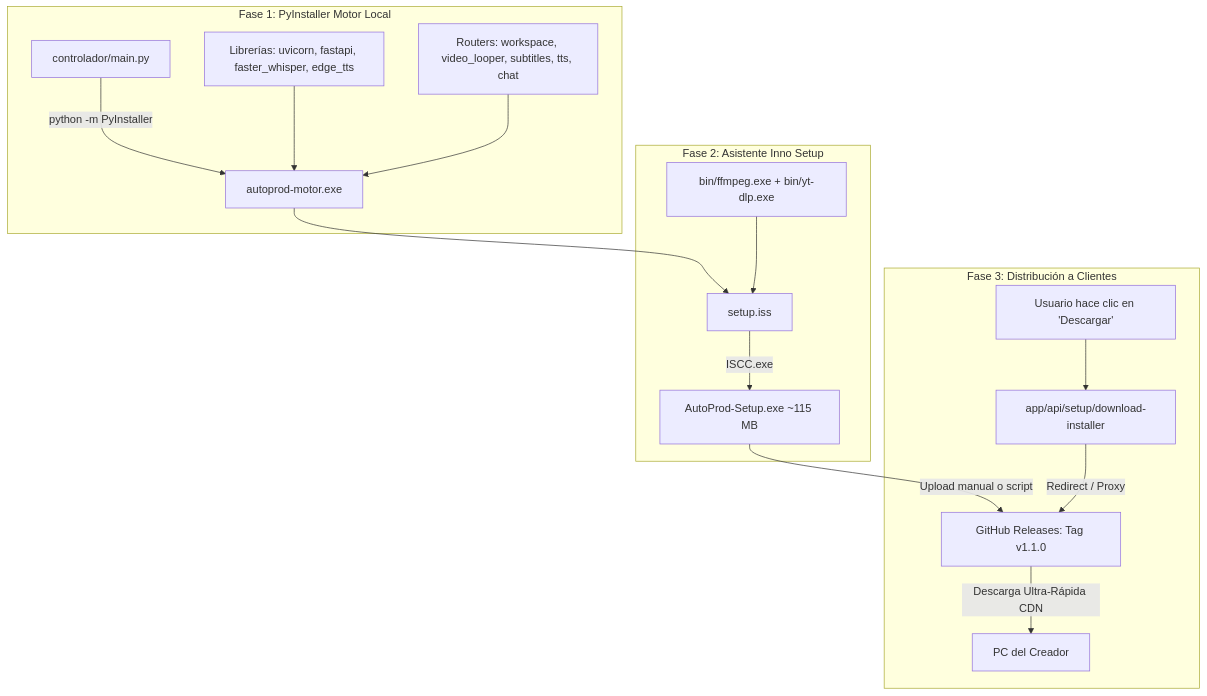
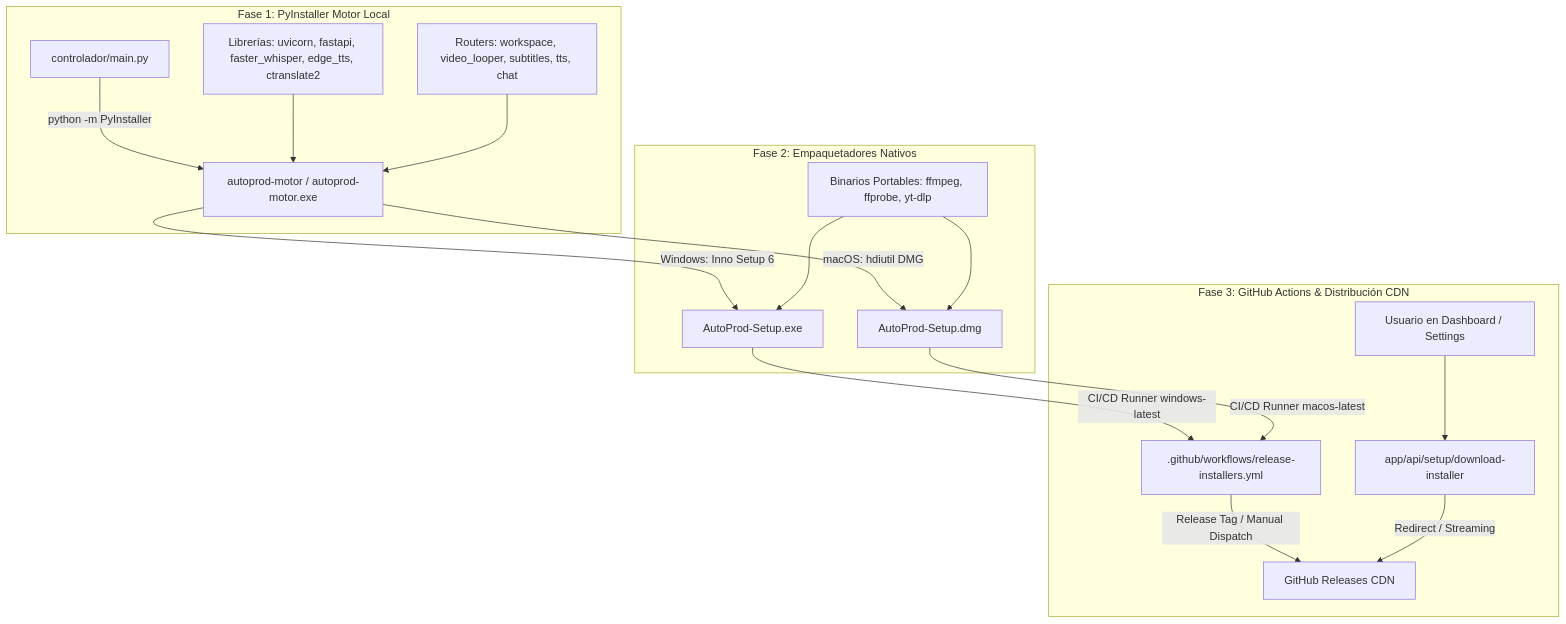
One commit to MA73OOO/autoprod changed the diagram in docs/features/standalone_installer/ficha_tecnica.md. Above: the diagram before and after it, drawn with Mermaid. The commit also changed other lines of this file and 3 other files, not shown here.

Commit message:
feat(installer): agregar workflow de compilación para Windows y macOS

````diff
--- a/docs/features/standalone_installer/ficha_tecnica.md
+++ b/docs/features/standalone_installer/ficha_tecnica.md
@@ -11,21 +11,23 @@
 ```mermaid
 flowchart TD
     subgraph Fase_1_PyInstaller [Fase 1: PyInstaller Motor Local]
-        A[controlador/main.py] -->|python -m PyInstaller| B[autoprod-motor.exe]
-        A1[Librerías: uvicorn, fastapi, faster_whisper, edge_tts] --> B
+        A[controlador/main.py] -->|python -m PyInstaller| B[autoprod-motor / autoprod-motor.exe]
+        A1[Librerías: uvicorn, fastapi, faster_whisper, edge_tts, ctranslate2] --> B
         A2[Routers: workspace, video_looper, subtitles, tts, chat] --> B
     end
 
-    subgraph Fase_2_InnoSetup [Fase 2: Asistente Inno Setup]
-        B --> C[setup.iss]
-        D[bin/ffmpeg.exe + bin/yt-dlp.exe] --> C
-        C -->|ISCC.exe| E[AutoProd-Setup.exe ~115 MB]
+    subgraph Fase_2_Empaquetado [Fase 2: Empaquetadores Nativos]
+        B -->|Windows: Inno Setup 6| C[AutoProd-Setup.exe]
+        B -->|macOS: hdiutil DMG| D[AutoProd-Setup.dmg]
+        E[Binarios Portables: ffmpeg, ffprobe, yt-dlp] --> C
+        E --> D
     end
 
-    subgraph Fase_3_Distribucion [Fase 3: Distribución a Clientes]
-        E -->|Upload manual o script| F[GitHub Releases: Tag v1.1.0]
-        G[Usuario hace clic en 'Descargar'] --> H[app/api/setup/download-installer]
-        H -->|Redirect / Proxy| F
-        F -->|Descarga Ultra-Rápida CDN| I[PC del Creador]
+    subgraph Fase_3_CI_CD [Fase 3: GitHub Actions & Distribución CDN]
+        C -->|CI/CD Runner windows-latest| F[.github/workflows/release-installers.yml]
+        D -->|CI/CD Runner macos-latest| F
+        F -->|Release Tag / Manual Dispatch| G[GitHub Releases CDN]
+        H[Usuario en Dashboard / Settings] --> I[app/api/setup/download-installer]
+        I -->|Redirect / Streaming| G
     end
 ```
````
